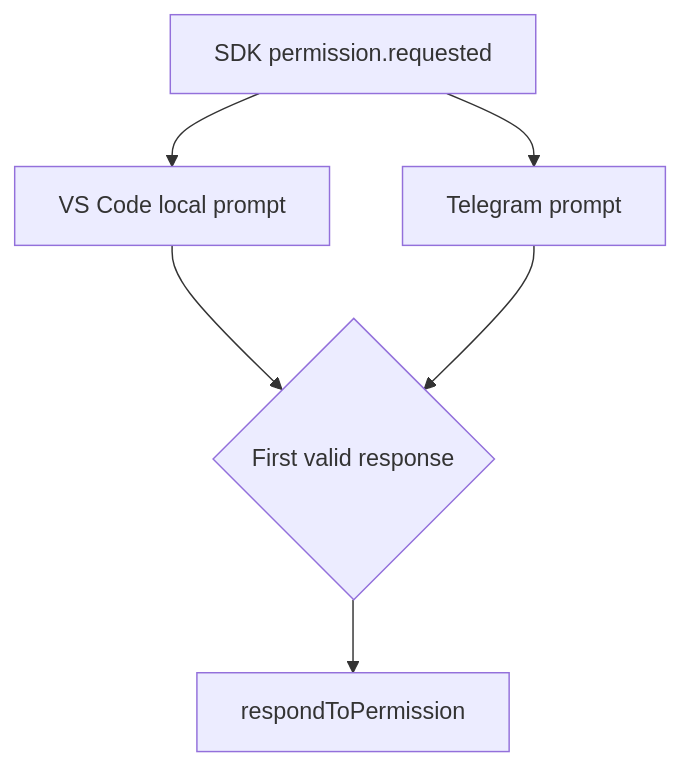
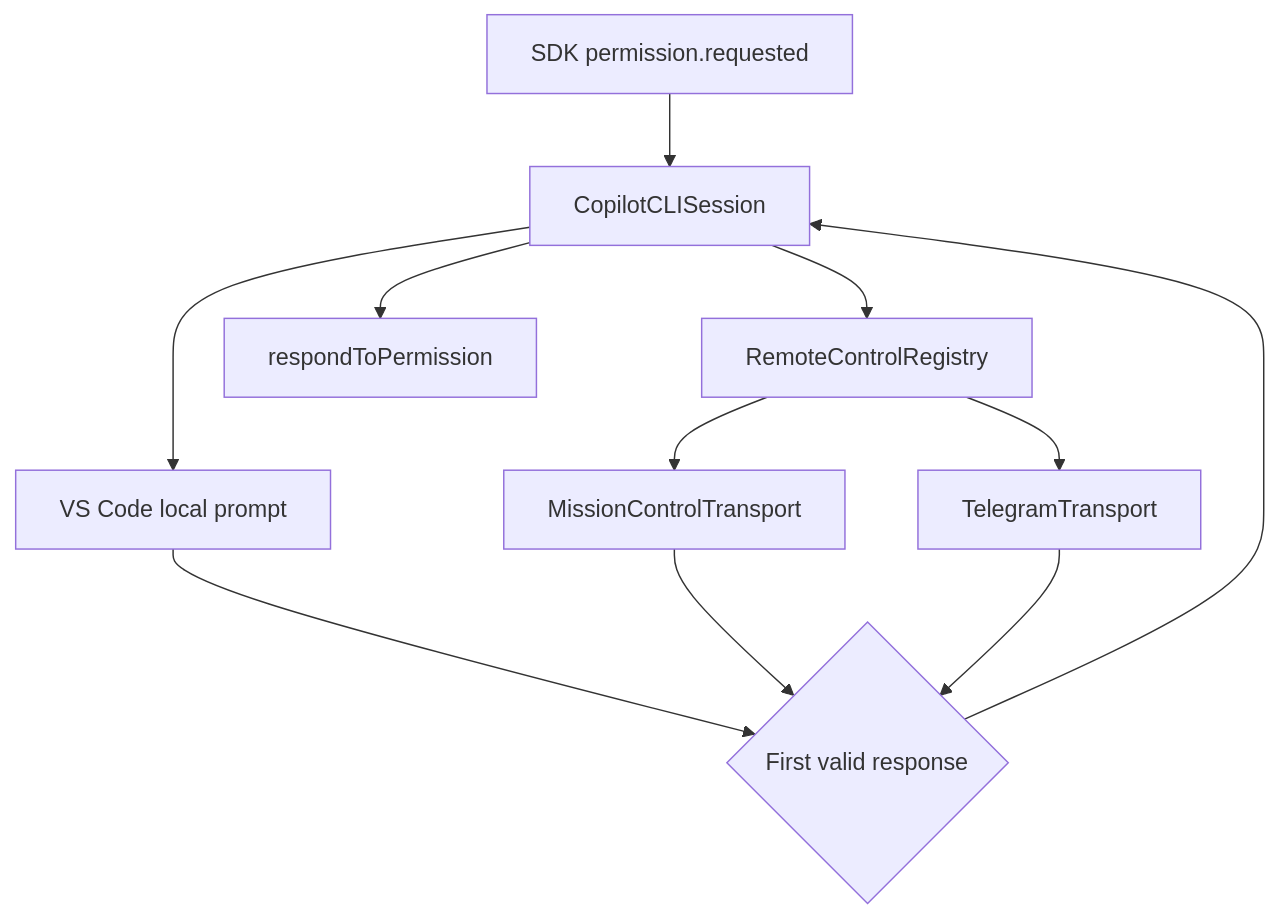
The third of 5 diagrams in extensions/copilot/docs/telegram-remote/ARCHITECTURE.md (SachiHarshitha/vscode-telegram), drawn with Mermaid before and after one commit. The commit also changed other lines of this file and 11 other files, not shown here.

````diff
--- a/extensions/copilot/docs/telegram-remote/ARCHITECTURE.md
+++ b/extensions/copilot/docs/telegram-remote/ARCHITECTURE.md
@@ -235,8 +316,13 @@
 ```mermaid
 flowchart TB
-    PR[SDK permission.requested] --> L[VS Code local prompt]
-    PR --> T[Telegram prompt]
-    L --> R{First valid response}
-    T --> R
-    R --> SDK[respondToPermission]
+    PR[SDK permission.requested] --> S[CopilotCLISession]
+    S --> L[VS Code local prompt]
+    S --> REG[RemoteControlRegistry]
+    REG --> M[MissionControlTransport]
+    REG --> T[TelegramTransport]
+    L --> WIN{First valid response}
+    M --> WIN
+    T --> WIN
+    WIN --> S
+    S --> SDK[respondToPermission]
 ```
````
